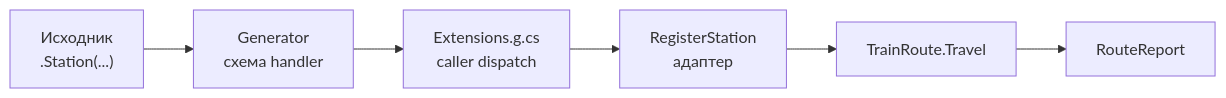
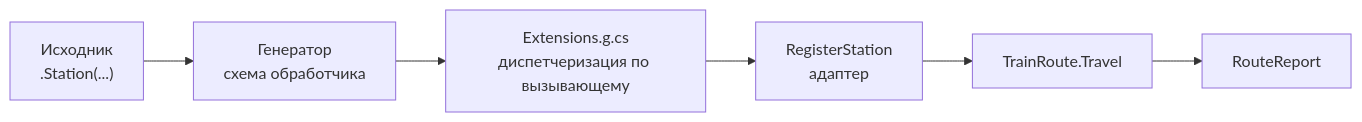
Before and after one commit to moragfullrest-cmyk/TrainOP: the first of 5 diagrams in docs/textbook.md, drawn with Mermaid. The commit also changed other lines of this file, not shown here.

First line of the commit message:
Document that the generator ships inside the TrainOP package and how in-solution projects reference it.

````diff
--- a/docs/textbook.md
+++ b/docs/textbook.md
@@ -794,8 +794,8 @@
 ```mermaid
 flowchart LR
-  A["Исходник<br/>.Station(...)"] --> B["Generator<br/>схема handler"]
-  B --> C["Extensions.g.cs<br/>caller dispatch"]
+  A["Исходник<br/>.Station(...)"] --> B["Генератор<br/>схема обработчика"]
+  B --> C["Extensions.g.cs<br/>диспетчеризация по вызывающему"]
   C --> D["RegisterStation<br/>адаптер"]
   D --> E["TrainRoute.Travel"]
   E --> F["RouteReport"]
 ```
````
